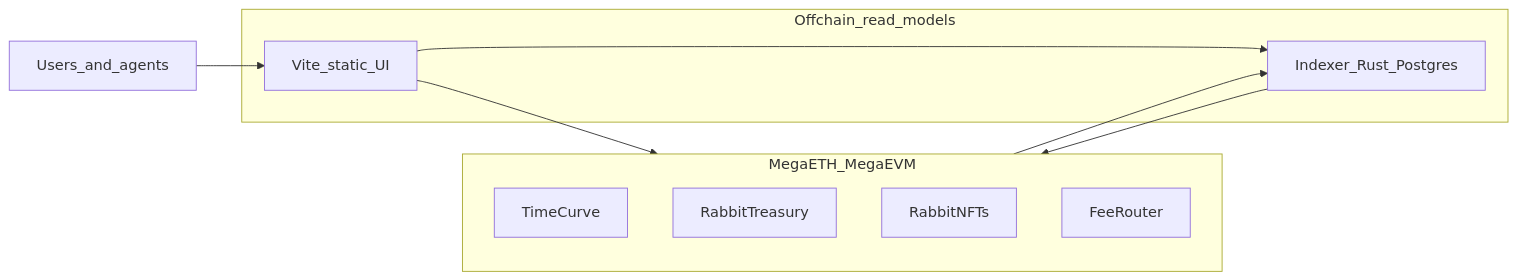
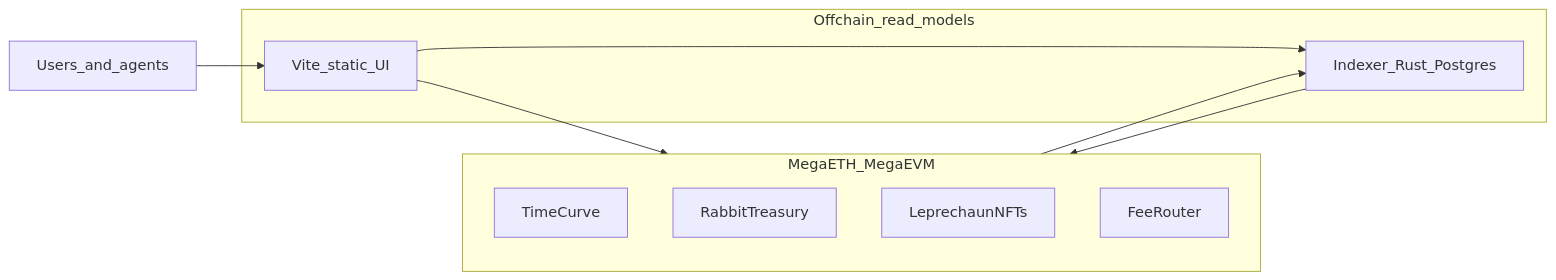
The diagram in docs/architecture/overview.md (PlasticDigits/yieldomega), drawn with Mermaid before and after one commit. The commit also changed other lines of this file and 95 other files, not shown here.

````diff
--- a/docs/architecture/overview.md
+++ b/docs/architecture/overview.md
@@ -47,18 +47,18 @@
 ```mermaid
 flowchart LR
   subgraph chain [MegaETH_MegaEVM]
     TC[TimeCurve]
     RT[RabbitTreasury]
-    NFT[RabbitNFTs]
+    NFT[LeprechaunNFTs]
     Router[FeeRouter]
   end
   subgraph offchain [Offchain_read_models]
     IDX[Indexer_Rust_Postgres]
     WEB[Vite_static_UI]
   end
   Actor[Users_and_agents] --> WEB
   WEB --> IDX
   WEB --> chain
   IDX --> chain
   chain --> IDX
 ```
````
